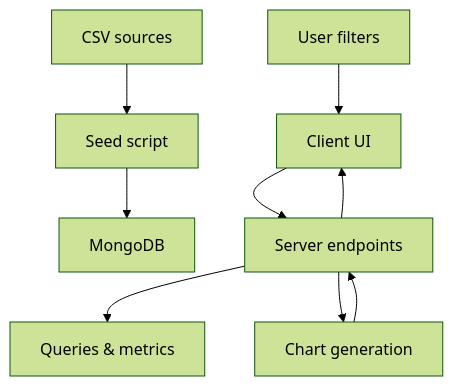
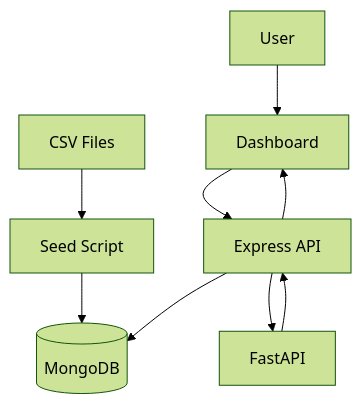
One commit to 0Raghav-Sharma0/mantra4Change changed the second of 2 diagrams in README.md. Above: the diagram before and after it, drawn with Mermaid (forest theme). The commit also changed other lines of this file, not shown here.

````diff
--- a/README.md
+++ b/README.md
@@ -99,11 +165,27 @@
 ```mermaid
 flowchart TD
-  CSV[CSV sources] --> Seed[Seed script]
-  Seed --> Mongo[MongoDB]
-  User[User filters] --> UI[Client UI]
-  UI --> API[Server endpoints]
-  API --> DB[Queries & metrics]
-  API --> Analytics[Chart generation]
-  Analytics --> API
-  API --> UI
+
+CSV[CSV Files]
+    --> Seed[Seed Script]
+
+Seed
+    --> MongoDB[(MongoDB)]
+
+User
+    --> Client[Dashboard]
+
+Client
+    --> API[Express API]
+
+API
+    --> MongoDB
+
+API
+    --> Analytics[FastAPI]
+
+Analytics
+    --> API
+
+API
+    --> Client
 ```
````
